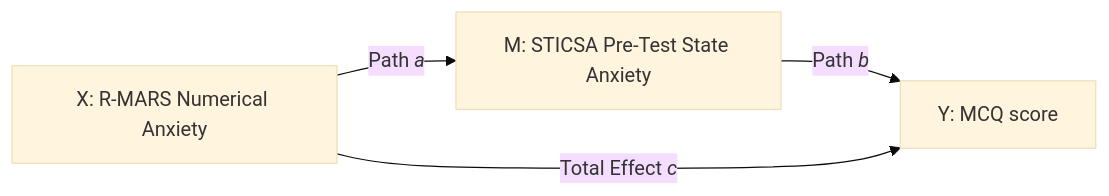
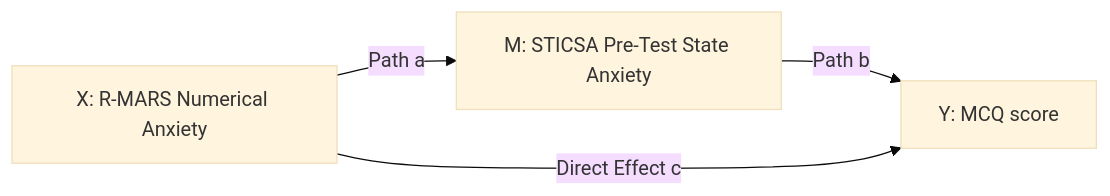
The second of 2 diagrams in tutorials/psychrlogy/02_essentials/08_analysis.qmd (drmankin/practicum), drawn with Mermaid (base theme) before and after one commit. The commit also changed other lines of this file and 21 other files, not shown here.

Commit message:
Update 08 diagrams

````diff
--- a/tutorials/psychrlogy/02_essentials/08_analysis.qmd
+++ b/tutorials/psychrlogy/02_essentials/08_analysis.qmd
@@ -783,5 +761,8 @@
 ```{mermaid}
+%%| label: fig-mars-med
+%%| fig-cap: Mediation diagram for the MCQ example
+%%| fig-align: center
 flowchart LR
-      X -- "`Path *a*`"--> M[M: STICSA Pre-Test State Anxiety] -- "`Path *b*`"--> Y
-      X[X: R-MARS Numerical Anxiety] -- "`Total Effect *c*`" --> Y[Y: MCQ score]
+      X -- Path a--> M[M: STICSA Pre-Test State Anxiety] -- Path b--> Y
+      X[X: R-MARS Numerical Anxiety] -- Direct Effect c--> Y[Y: MCQ score]
 ```
````
